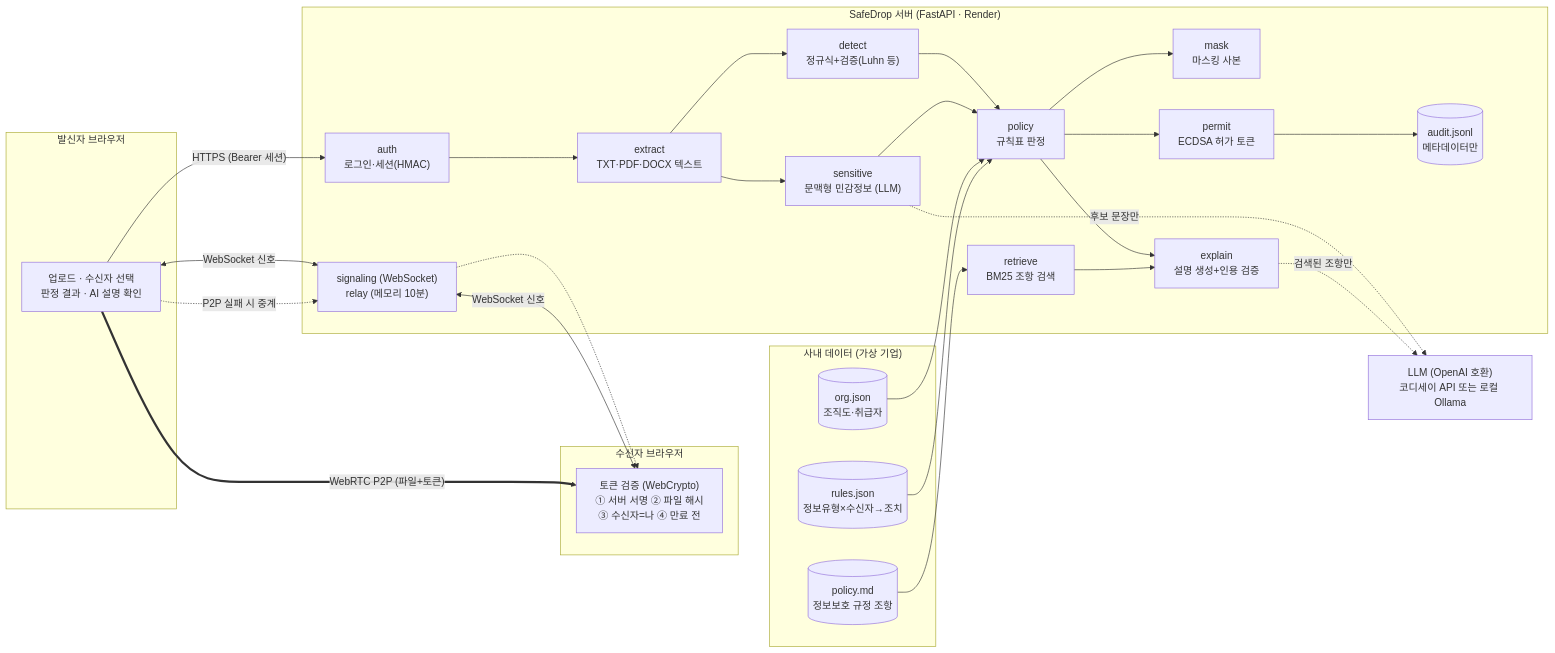
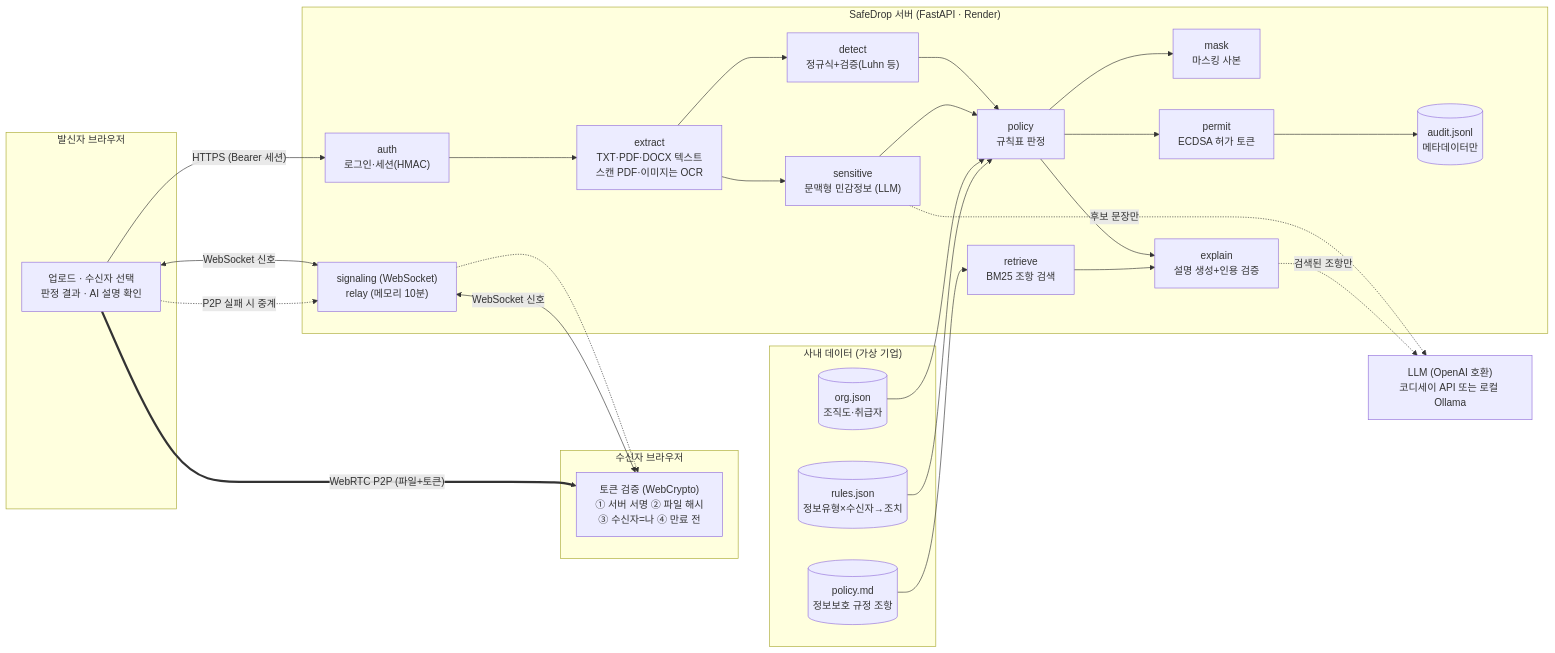
The first of 3 diagrams in docs/architecture.md (jutopia03/safedrop), drawn with Mermaid before and after one commit. The commit also changed other lines of this file and 14 other files, not shown here.

First line of the commit message:
OCR 추가: 스캔 PDF·이미지(PNG·JPG)를 Tesseract 한국어로 읽어 검사

````diff
--- a/docs/architecture.md
+++ b/docs/architecture.md
@@ -17,46 +17,46 @@
 ```mermaid
 flowchart LR
   subgraph S["발신자 브라우저"]
     SU["업로드 · 수신자 선택<br/>판정 결과 · AI 설명 확인"]
   end
   subgraph R["수신자 브라우저"]
     RV["토큰 검증 (WebCrypto)<br/>① 서버 서명 ② 파일 해시<br/>③ 수신자=나 ④ 만료 전"]
   end
   subgraph B["SafeDrop 서버 (FastAPI · Render)"]
     AUTH["auth<br/>로그인·세션(HMAC)"]
-    EXT["extract<br/>TXT·PDF·DOCX 텍스트"]
+    EXT["extract<br/>TXT·PDF·DOCX 텍스트<br/>스캔 PDF·이미지는 OCR"]
     DET["detect<br/>정규식+검증(Luhn 등)"]
     SEN["sensitive<br/>문맥형 민감정보 (LLM)"]
     POL["policy<br/>규칙표 판정"]
     MASK["mask<br/>마스킹 사본"]
     RET["retrieve<br/>BM25 조항 검색"]
     EXP["explain<br/>설명 생성+인용 검증"]
     PER["permit<br/>ECDSA 허가 토큰"]
     SIG["signaling (WebSocket)<br/>relay (메모리 10분)"]
     AUD[("audit.jsonl<br/>메타데이터만")]
   end
   subgraph D["사내 데이터 (가상 기업)"]
     ORG[("org.json<br/>조직도·취급자")]
     RUL[("rules.json<br/>정보유형×수신자→조치")]
     POLMD[("policy.md<br/>정보보호 규정 조항")]
   end
   LLM["LLM (OpenAI 호환)<br/>코디세이 API 또는 로컬 Ollama"]
 
   SU -- "HTTPS (Bearer 세션)" --> AUTH
   AUTH --> EXT --> DET --> POL
   EXT --> SEN --> POL
   POL --> MASK
   POL --> EXP
   RET --> EXP
   POL --> PER
   SEN -. "후보 문장만" .-> LLM
   EXP -. "검색된 조항만" .-> LLM
   ORG --> POL
   RUL --> POL
   POLMD --> RET
   PER --> AUD
   SU <-- "WebSocket 신호" --> SIG
   RV <-- "WebSocket 신호" --> SIG
   SU == "WebRTC P2P (파일+토큰)" ==> RV
   SU -. "P2P 실패 시 중계" .-> SIG -.-> RV
 ```
````
